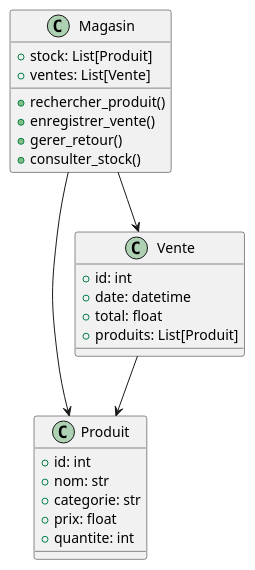
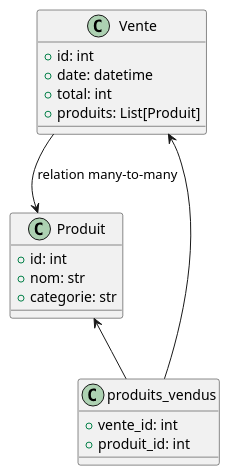
The diagram in docs/UML/classes.puml (nathanlamy/LOG430-LABO-2), drawn with PlantUML before and after one commit. The commit also changed 15 other files, not shown here.

```diff
--- a/docs/UML/classes.puml
+++ b/docs/UML/classes.puml
@@ -1,31 +1,25 @@
-@startuml Vue logique
+@startuml Vue_logique
 
 class Produit {
   +id: int
   +nom: str
   +categorie: str
-  +prix: float
-  +quantite: int
 }
 
 class Vente {
   +id: int
   +date: datetime
-  +total: float
+  +total: int
   +produits: List[Produit]
 }
 
-class Magasin {
-  +stock: List[Produit]
-  +ventes: List[Vente]
-  +rechercher_produit()
-  +enregistrer_vente()
-  +gerer_retour()
-  +consulter_stock()
+class produits_vendus {
+  +vente_id: int
+  +produit_id: int
 }
 
-Magasin --> Produit
-Magasin --> Vente
-Vente --> Produit
+Produit <-- produits_vendus
+Vente <-- produits_vendus
+Vente --> Produit : relation many-to-many
 
 @enduml
```
